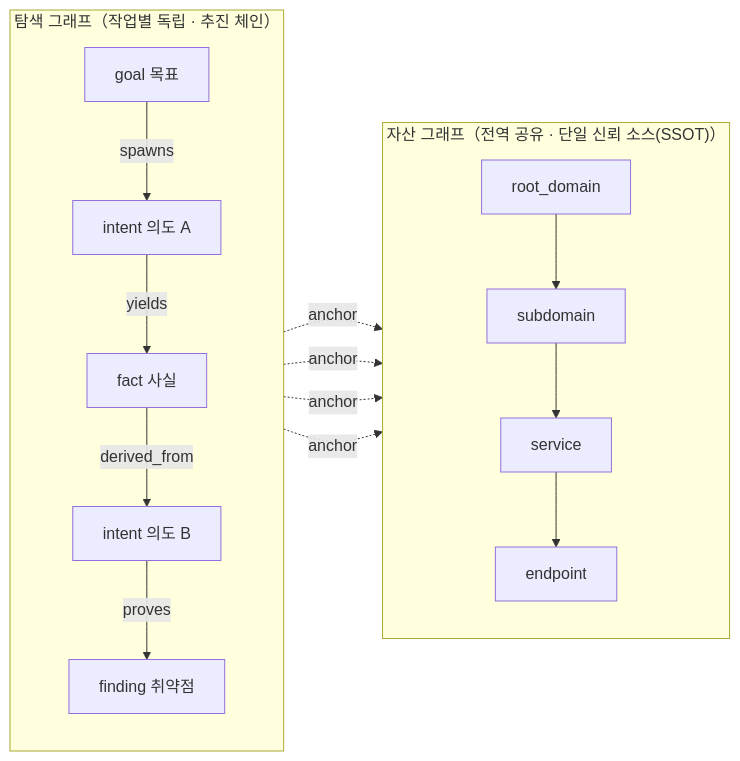
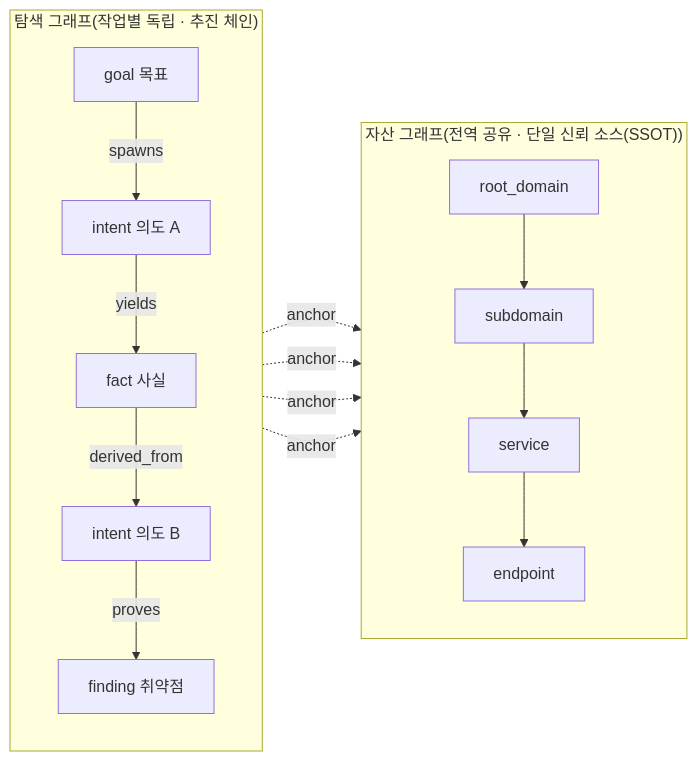
The second of 5 diagrams in README.ko.md (Doyoun510/ARTEX_ko), drawn with Mermaid before and after one commit. The commit also changed other lines of this file and 26 other files, not shown here.

````diff
--- a/README.ko.md
+++ b/README.ko.md
@@ -357,27 +357,27 @@
 ```mermaid
 flowchart LR
-  subgraph EG["탐색 그래프（작업별 독립 · 추진 체인）"]
+  subgraph EG["탐색 그래프(작업별 독립 · 추진 체인)"]
     direction TB
     G["goal 목표"]
     I1["intent 의도 A"]
     F1["fact 사실"]
     I2["intent 의도 B"]
     FD["finding 취약점"]
     G -->|spawns| I1
     I1 -->|yields| F1
     F1 -->|derived_from| I2
     I2 -->|proves| FD
   end
-  subgraph AG["자산 그래프（전역 공유 · 단일 신뢰 소스(SSOT)）"]
+  subgraph AG["자산 그래프(전역 공유 · 단일 신뢰 소스(SSOT))"]
     direction TB
     RD["root_domain"]
     SD["subdomain"]
     SV["service"]
     EP["endpoint"]
     RD --> SD --> SV --> EP
   end
   I1 -. anchor .-> SD
   F1 -. anchor .-> SV
   I2 -. anchor .-> EP
   FD -. anchor .-> EP
 ```
````
